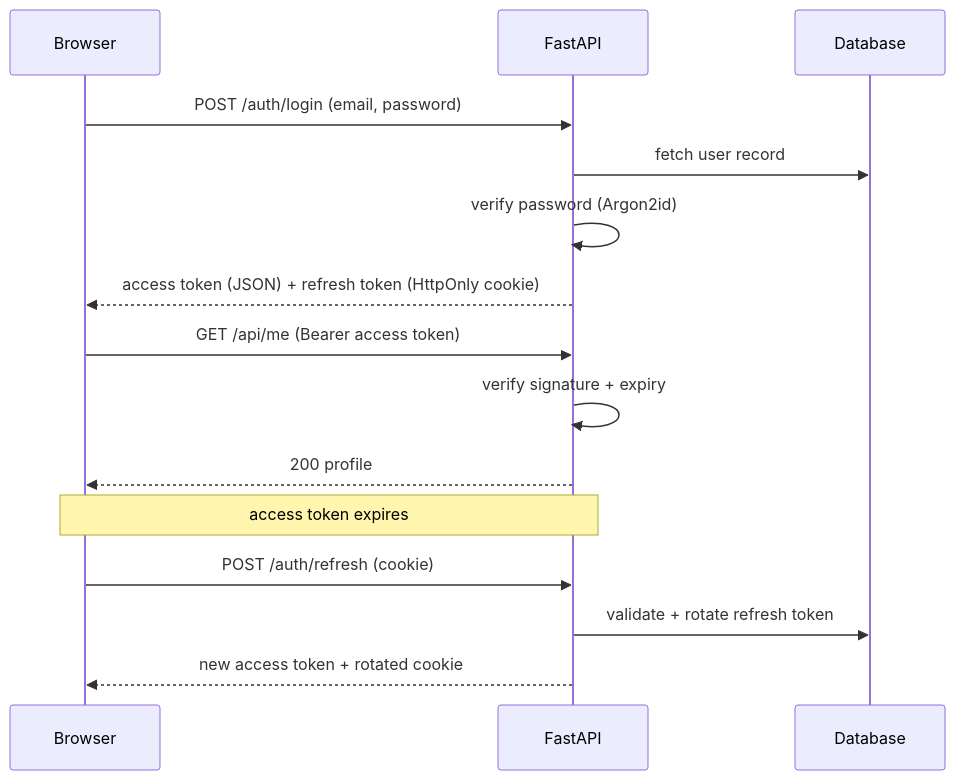
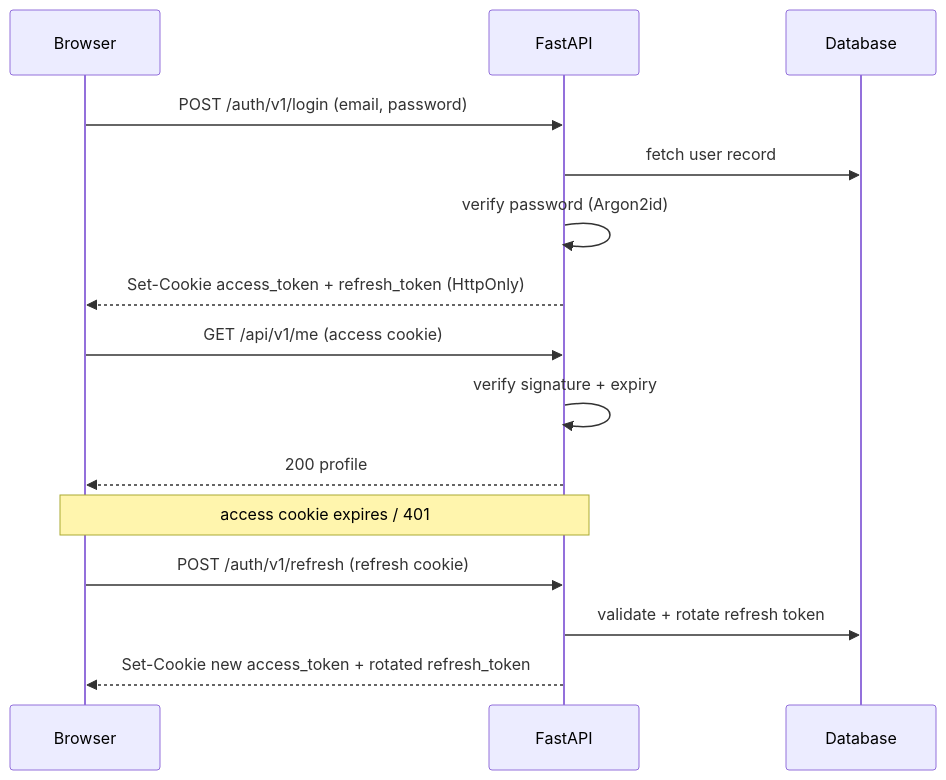
One commit to tanmaydev7/react-fastapi-basic-auth-app-template changed the second of 2 diagrams in README.md. Above: the diagram before and after it, drawn with Mermaid. The commit also changed other lines of this file and 45 other files, not shown here.

Commit message:
added login, register, refresh endpoint

````diff
--- a/README.md
+++ b/README.md
@@ -110,20 +111,20 @@
 ```mermaid
 sequenceDiagram
     participant U as Browser
     participant A as FastAPI
     participant D as Database
 
-    U->>A: POST /auth/login (email, password)
+    U->>A: POST /auth/v1/login (email, password)
     A->>D: fetch user record
     A->>A: verify password (Argon2id)
-    A-->>U: access token (JSON) + refresh token (HttpOnly cookie)
+    A-->>U: Set-Cookie access_token + refresh_token (HttpOnly)
 
-    U->>A: GET /api/me (Bearer access token)
+    U->>A: GET /api/v1/me (access cookie)
     A->>A: verify signature + expiry
     A-->>U: 200 profile
 
-    Note over U,A: access token expires
-    U->>A: POST /auth/refresh (cookie)
+    Note over U,A: access cookie expires / 401
+    U->>A: POST /auth/v1/refresh (refresh cookie)
     A->>D: validate + rotate refresh token
-    A-->>U: new access token + rotated cookie
+    A-->>U: Set-Cookie new access_token + rotated refresh_token
 ```
````
